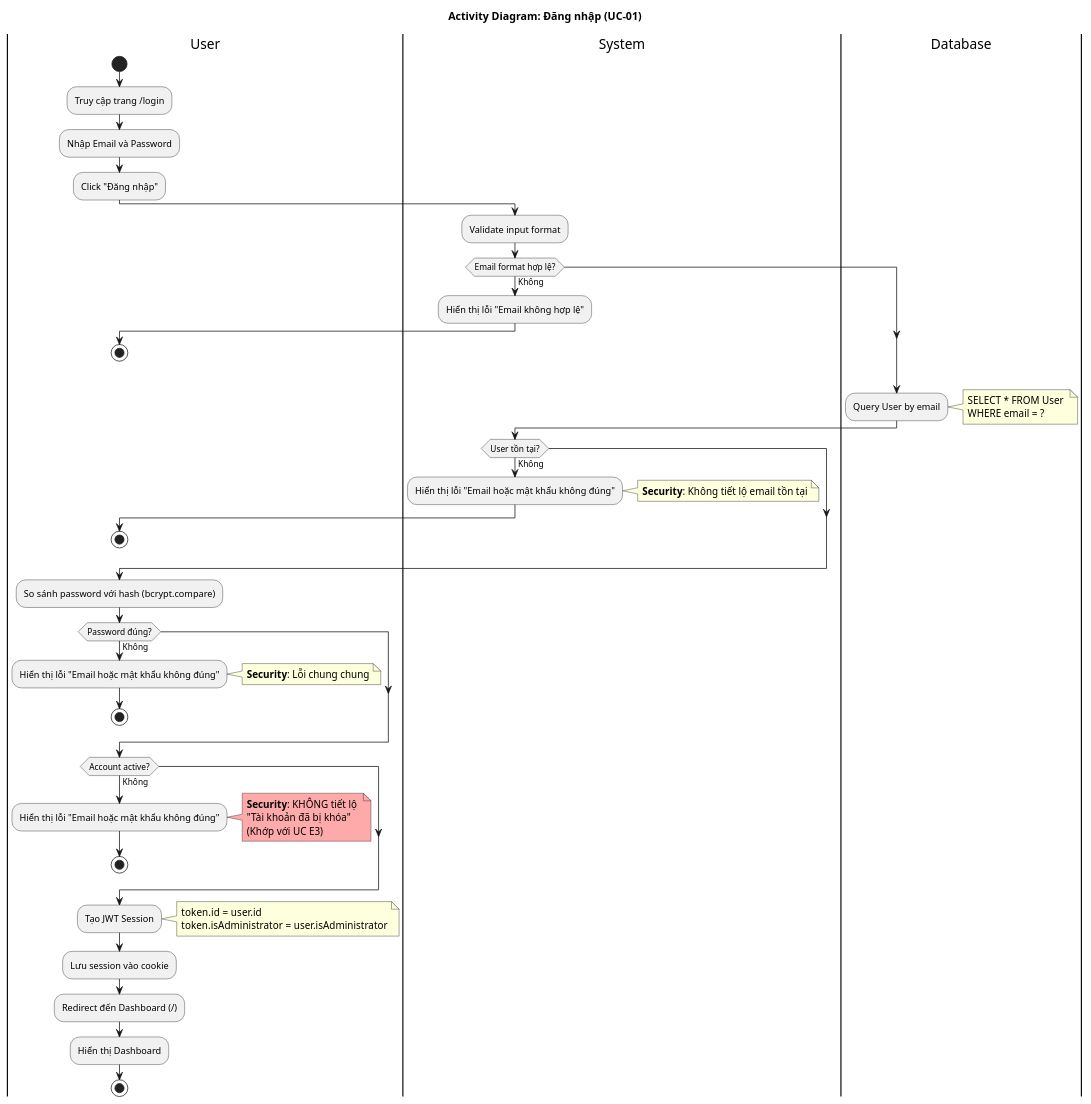
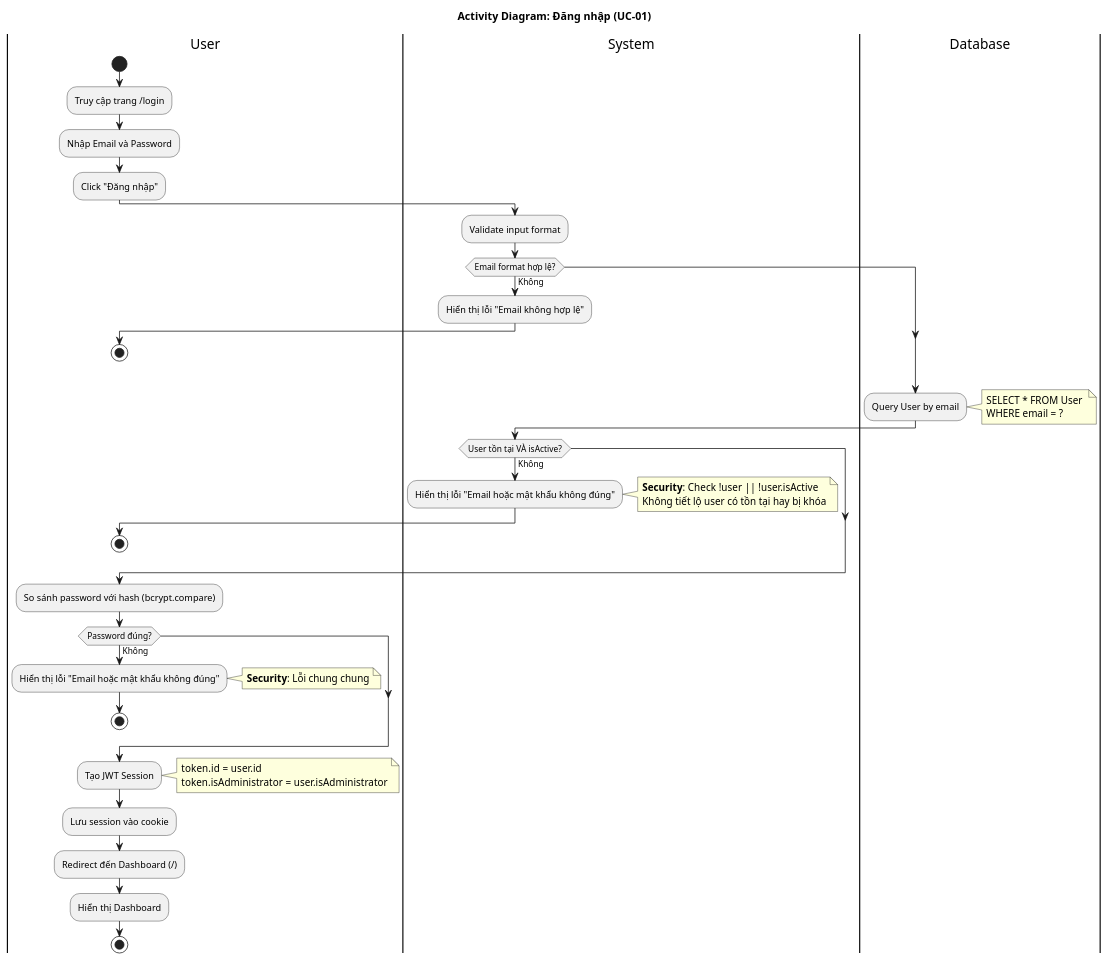
One commit to docuong039/worksphere changed the diagram in docs/activity_diagram/01-login.md. Above: the diagram before and after it, drawn with PlantUML. The commit also changed other lines of this file and 23 other files, not shown here.

````diff
--- a/docs/activity_diagram/01-login.md
+++ b/docs/activity_diagram/01-login.md
@@ -24,69 +24,61 @@
 ```plantuml
 @startuml
 title Activity Diagram: Đăng nhập (UC-01)
 
 |User|
 start
 :Truy cập trang /login;
 :Nhập Email và Password;
 :Click "Đăng nhập";
 
 |System|
 :Validate input format;
 
 if (Email format hợp lệ?) then (Không)
   :Hiển thị lỗi "Email không hợp lệ";
   |User|
   stop
 endif
 
 |Database|
 :Query User by email;
 note right
   SELECT * FROM User 
   WHERE email = ?
 end note
 
 |System|
-if (User tồn tại?) then (Không)
+if (User tồn tại VÀ isActive?) then (Không)
   :Hiển thị lỗi "Email hoặc mật khẩu không đúng";
-  note right: **Security**: Không tiết lộ email tồn tại
+  note right
+    **Security**: Check !user || !user.isActive
+    Không tiết lộ user có tồn tại hay bị khóa
+  end note
   |User|
   stop
 endif
 
 :So sánh password với hash (bcrypt.compare);
 
 if (Password đúng?) then (Không)
   :Hiển thị lỗi "Email hoặc mật khẩu không đúng";
   note right: **Security**: Lỗi chung chung
-  |User|
-  stop
-endif
-
-if (Account active?) then (Không)
-  :Hiển thị lỗi "Email hoặc mật khẩu không đúng";
-  note right #FFAAAA
-    **Security**: KHÔNG tiết lộ 
-    "Tài khoản đã bị khóa"
-    (Khớp với UC E3)
-  end note
   |User|
   stop
 endif
 
 :Tạo JWT Session;
 note right
   token.id = user.id
   token.isAdministrator = user.isAdministrator
 end note
 :Lưu session vào cookie;
 
 |User|
 :Redirect đến Dashboard (/);
 :Hiển thị Dashboard;
 
 stop
 
 @enduml
 ```
````
